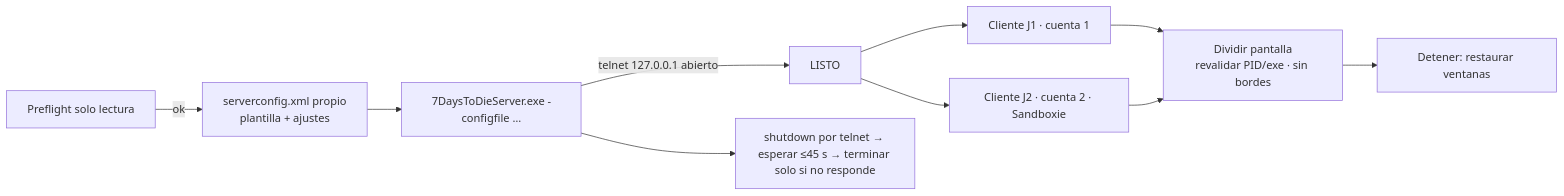
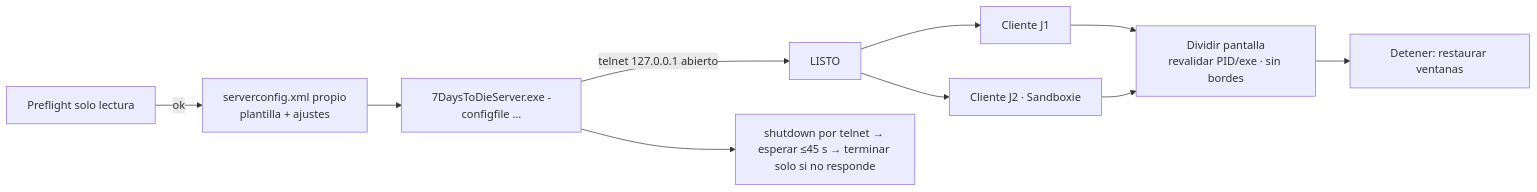
One commit to FaberGomezDev/SplitForge changed the second of 2 diagrams in docs/13-FLUJOS-Y-DATOS.md. Above: the diagram before and after it, drawn with Mermaid. The commit also changed 23 other files, not shown here.

````diff
--- a/docs/13-FLUJOS-Y-DATOS.md
+++ b/docs/13-FLUJOS-Y-DATOS.md
@@ -54,12 +54,12 @@
 ```mermaid
 flowchart LR
     PF[Preflight solo lectura] -->|ok| CFG[serverconfig.xml propio\nplantilla + ajustes]
     CFG --> SRV[7DaysToDieServer.exe -configfile …]
     SRV -->|telnet 127.0.0.1 abierto| READY[LISTO]
-    READY --> C1[Cliente J1 · cuenta 1]
-    READY --> C2[Cliente J2 · cuenta 2 · Sandboxie]
+    READY --> C1[Cliente J1]
+    READY --> C2[Cliente J2 · Sandboxie]
     C1 --> TILE[Dividir pantalla\nrevalidar PID/exe · sin bordes]
     C2 --> TILE
     TILE --> STOP[Detener: restaurar ventanas]
     SRV --> SHUT[shutdown por telnet → esperar ≤45 s → terminar solo si no responde]
 ```
````
